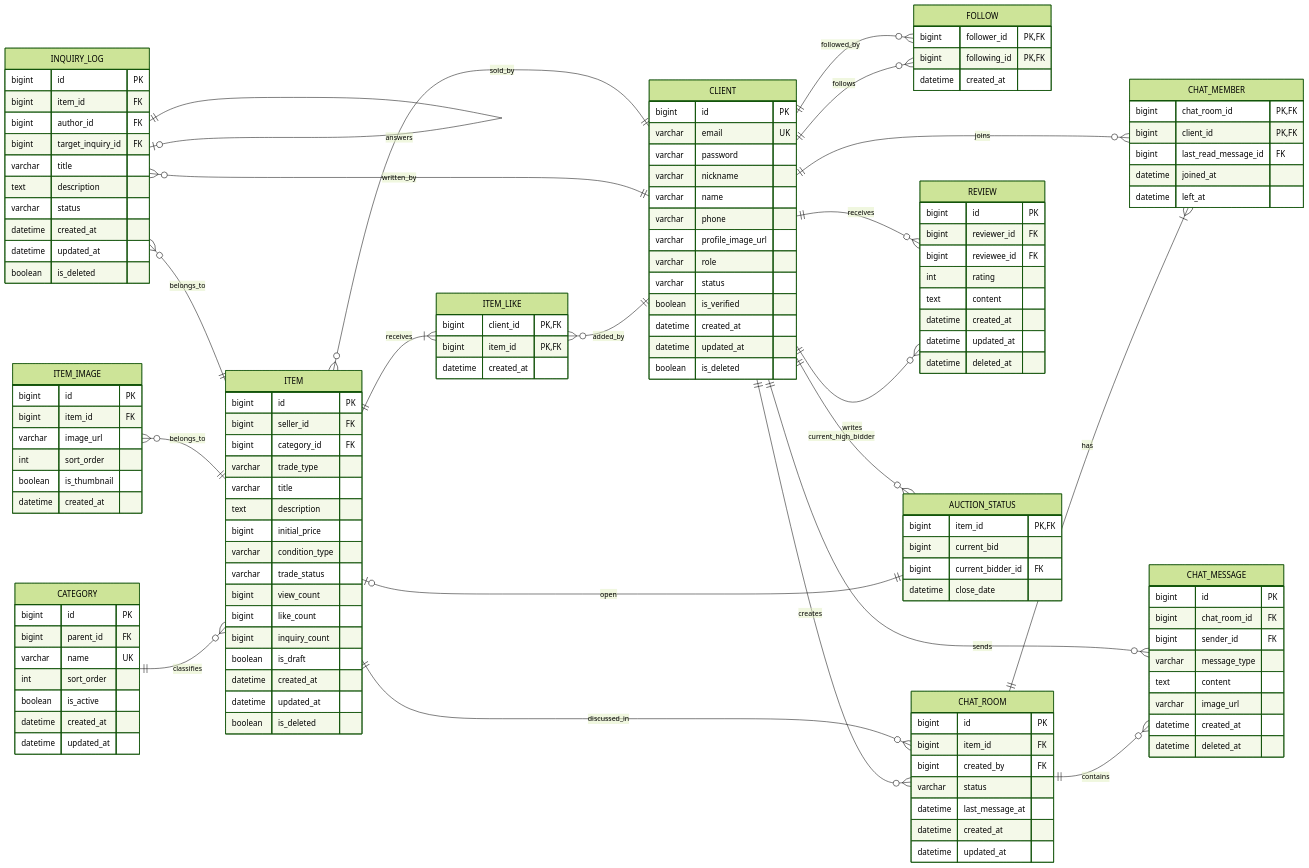
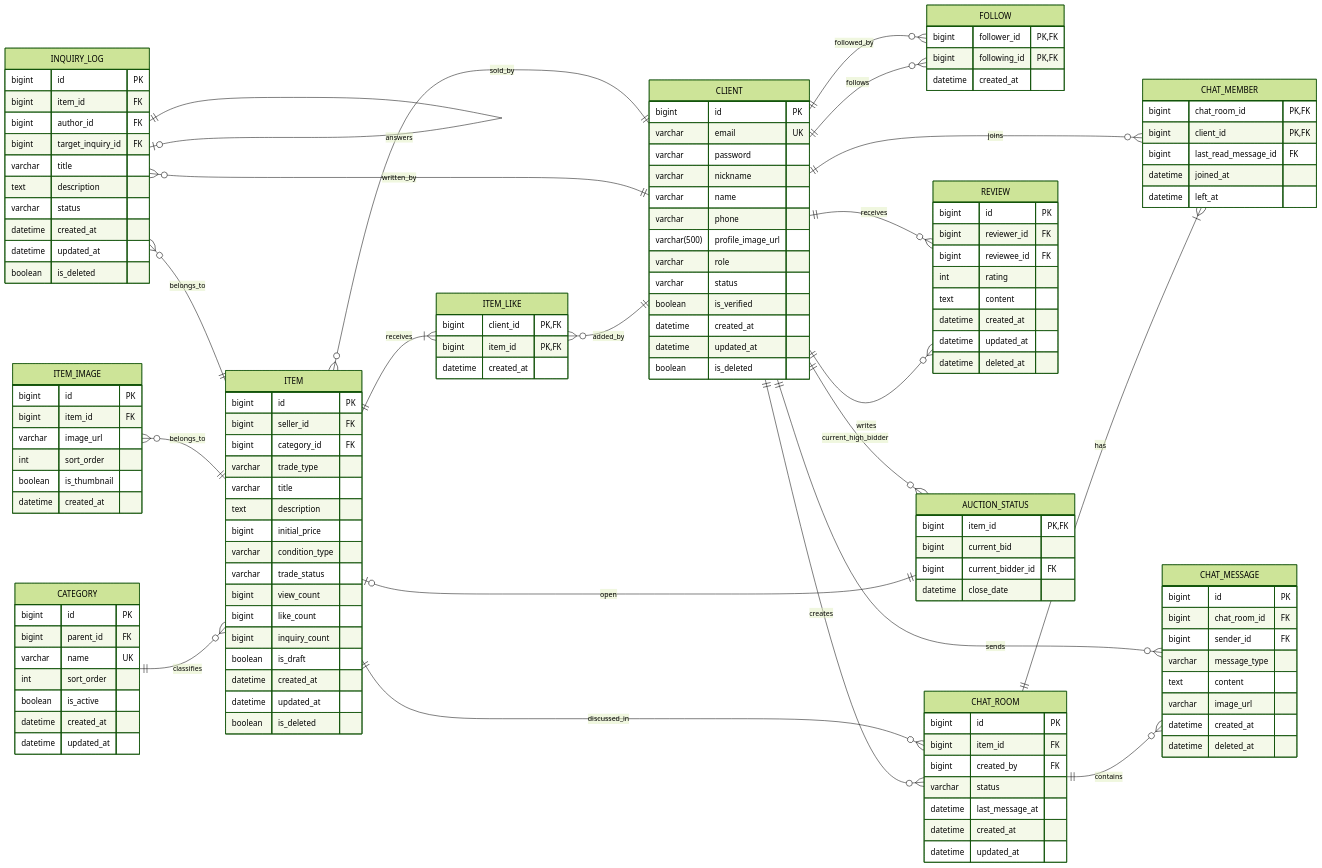
Before and after one commit to pcb2002/Cabbage-Market-10: the diagram in docs/ERD.md, drawn with Mermaid (forest theme). The commit also changed 2 other files, not shown here.

Commit message:
docs: 회원 정보 계약 정리

```diff
--- a/docs/ERD.md
+++ b/docs/ERD.md
@@ -39,7 +39,7 @@
         varchar nickname
         varchar name
         varchar phone
-        varchar profile_image_url
+        varchar(500) profile_image_url
         varchar role
         varchar status
         boolean is_verified
```
